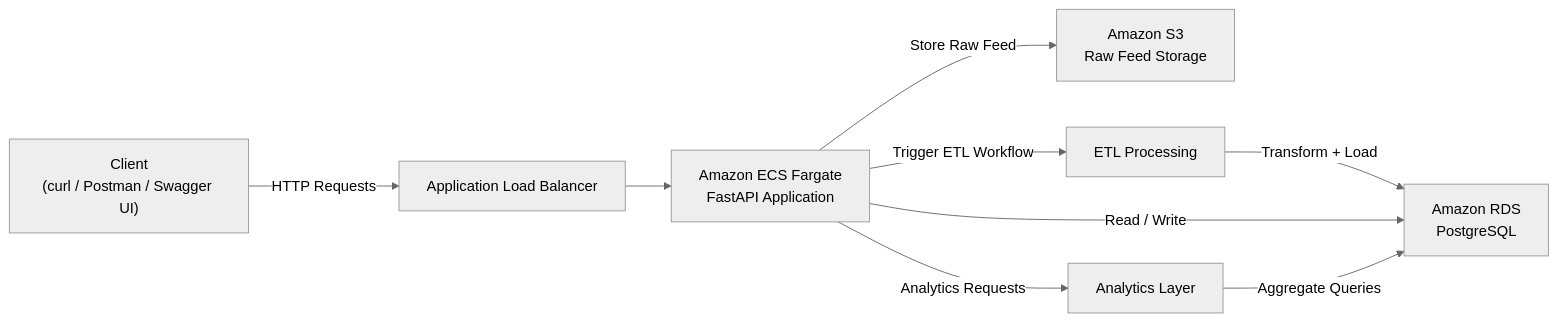
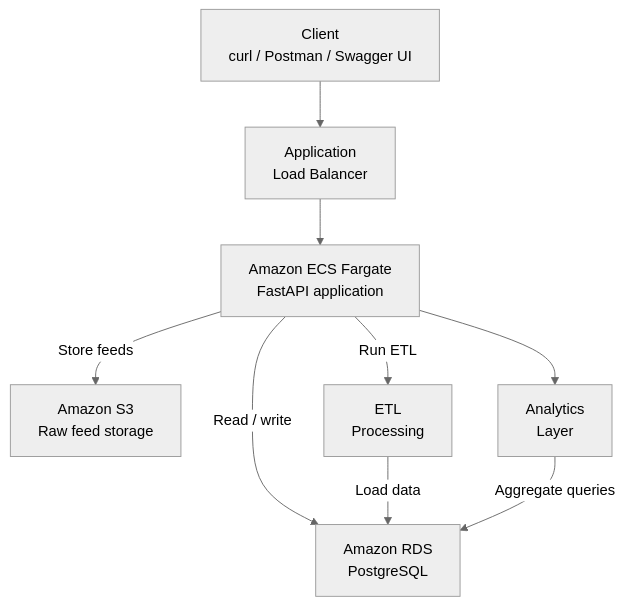
Before and after one commit to rayajose/writing-portfolio: the first of 2 diagrams in docs/architecture/platform-architecture.md, drawn with Mermaid (neutral theme). The commit also changed other lines of this file and 8 other files, not shown here.

````diff
--- a/docs/architecture/platform-architecture.md
+++ b/docs/architecture/platform-architecture.md
@@ -36,30 +36,35 @@
 ```mermaid
-flowchart LR
+flowchart TD
 
-    Client["Client<br>(curl / Postman / Swagger UI)"]
+    Client["Client
+    curl / Postman / Swagger UI"]
 
-    ALB["Application Load Balancer"]
+    ALB["Application
+    Load Balancer"]
 
-    ECS["Amazon ECS Fargate<br>FastAPI Application"]
+    ECS["Amazon ECS Fargate
+    FastAPI application"]
 
-    S3["Amazon S3<br>Raw Feed Storage"]
+    S3["Amazon S3
+    Raw feed storage"]
 
-    ETL["ETL Processing"]
+    ETL["ETL
+    Processing"]
 
-    DB["Amazon RDS<br>PostgreSQL"]
+    DB["Amazon RDS
+    PostgreSQL"]
 
-    Analytics["Analytics Layer"]
+    Analytics["Analytics
+    Layer"]
 
-    Client -->|HTTP Requests| ALB
+    Client --> ALB
     ALB --> ECS
 
-    ECS -->|Store Raw Feed| S3
-    ECS -->|Trigger ETL Workflow| ETL
+    ECS -->|Store feeds| S3
+    ECS -->|Run ETL| ETL
+    ECS -->|Read / write| DB
+    ECS --> Analytics
 
-    ETL -->|Transform + Load| DB
-
-    ECS -->|Read / Write| DB
-    Analytics -->|Aggregate Queries| DB
-
-    ECS -->|Analytics Requests| Analytics
+    ETL -->|Load data| DB
+    Analytics -->|Aggregate queries| DB
 ```
````
